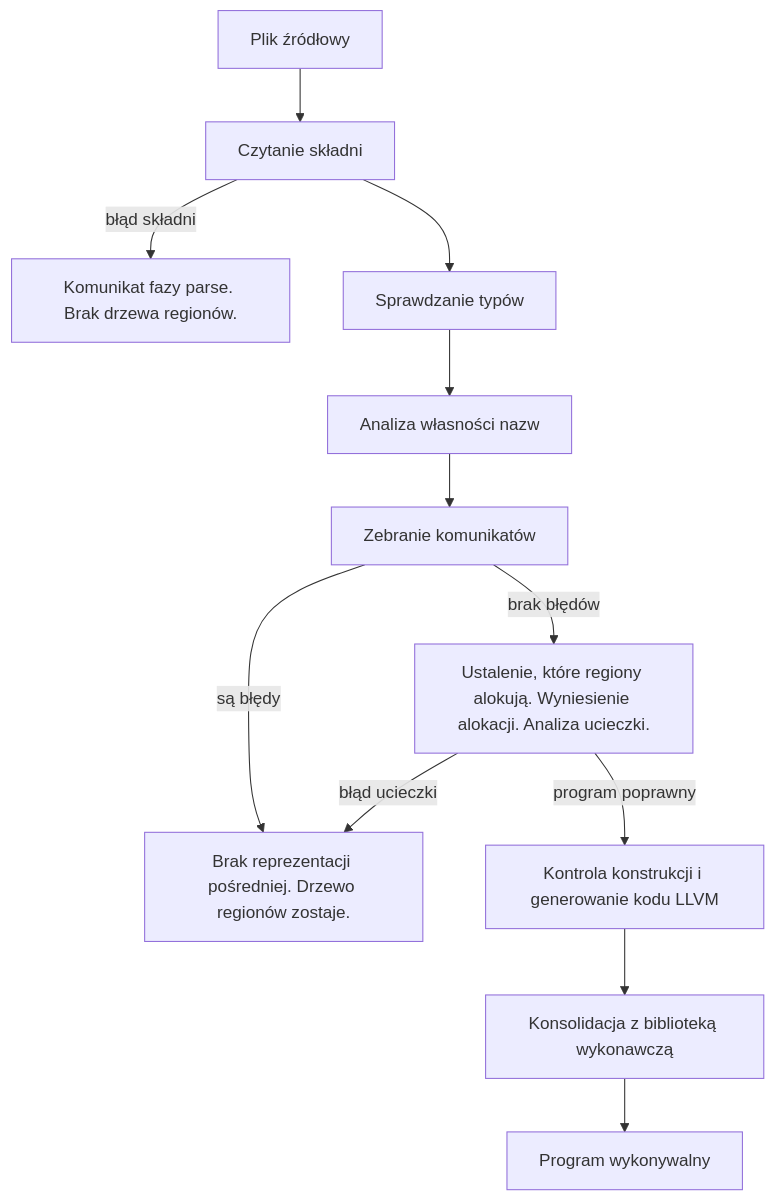
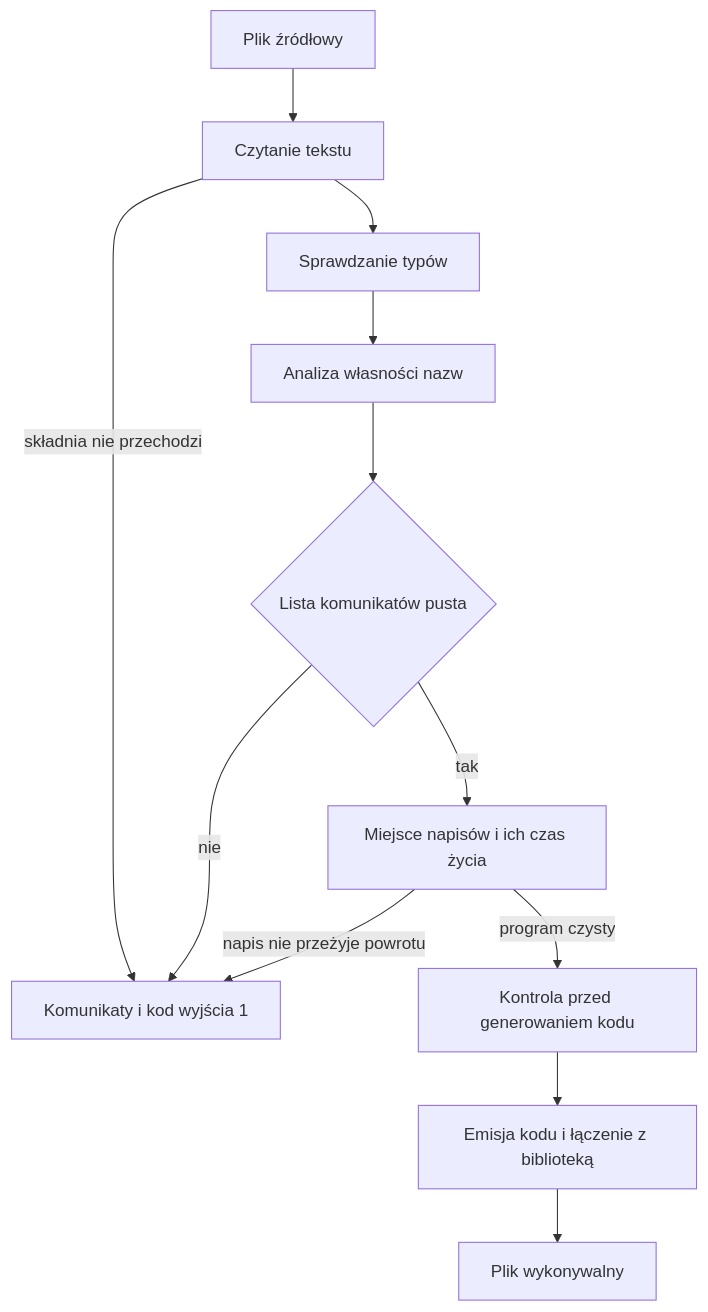
Before and after one commit to andrzejwitkowski/Bork: the diagram in docs/book/13-pipeline.md, drawn with Mermaid. The commit also changed other lines of this file and 9 other files, not shown here.

````diff
--- a/docs/book/13-pipeline.md
+++ b/docs/book/13-pipeline.md
@@ -15,14 +19,14 @@
 ```mermaid
 flowchart TD
-    src["Plik źródłowy"] --> parse["Czytanie składni"]
-    parse -->|błąd składni| stop1["Komunikat fazy parse. Brak drzewa regionów."]
-    parse --> types["Sprawdzanie typów"]
-    types --> own["Analiza własności nazw"]
-    own --> merge["Zebranie komunikatów"]
-    merge -->|są błędy| stop2["Brak reprezentacji pośredniej. Drzewo regionów zostaje."]
-    merge -->|brak błędów| later["Ustalenie, które regiony alokują. Wyniesienie alokacji. Analiza ucieczki."]
-    later -->|błąd ucieczki| stop2
-    later -->|program poprawny| build["Kontrola konstrukcji i generowanie kodu LLVM"]
-    build --> link["Konsolidacja z biblioteką wykonawczą"]
-    link --> bin["Program wykonywalny"]
+    plik["Plik źródłowy"] --> czytanie["Czytanie tekstu"]
+    czytanie -->|"składnia nie przechodzi"| stop["Komunikaty i kod wyjścia 1"]
+    czytanie --> typy["Sprawdzanie typów"]
+    typy --> wlasnosc["Analiza własności nazw"]
+    wlasnosc --> czysto{"Lista komunikatów pusta"}
+    czysto -->|nie| stop
+    czysto -->|tak| napisy["Miejsce napisów i ich czas życia"]
+    napisy -->|"napis nie przeżyje powrotu"| stop
+    napisy -->|"program czysty"| kontrola["Kontrola przed generowaniem kodu"]
+    kontrola --> maszyna["Emisja kodu i łączenie z biblioteką"]
+    maszyna --> bin["Plik wykonywalny"]
 ```
````
